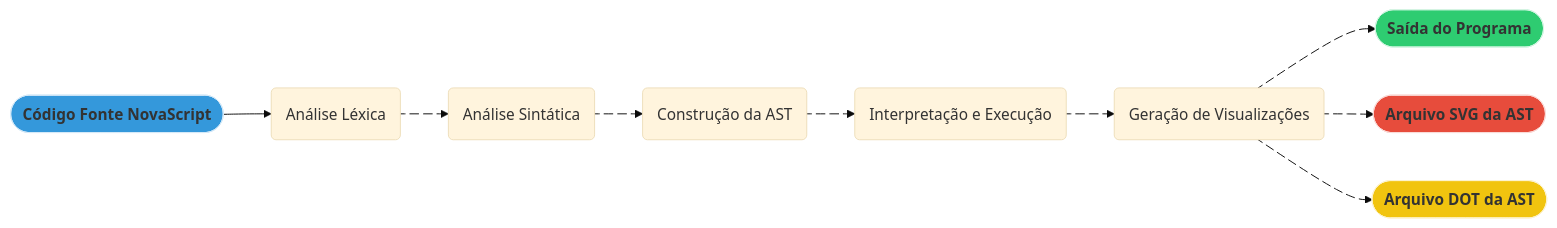
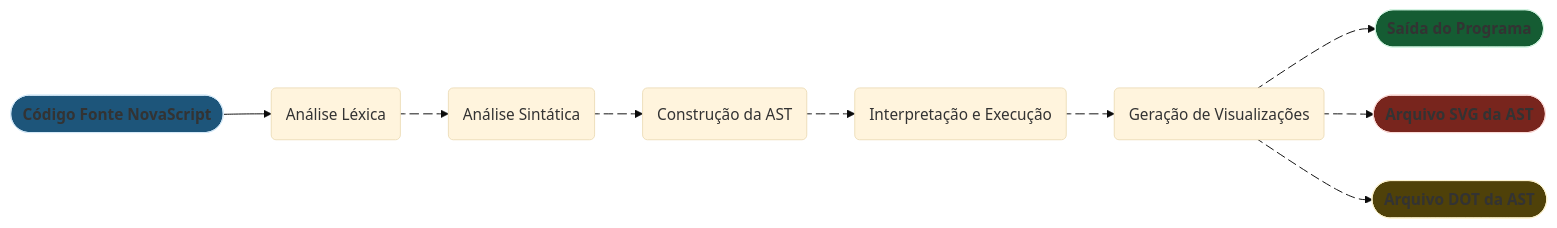
The diagram in README.md (lorena-strobel/NovaScript), drawn with Mermaid (base theme) before and after one commit.

Commit message:
docs(README): Change color styles in README.md
Updated color styles for elements A, G, H, and I.

````diff
--- a/README.md
+++ b/README.md
@@ -71,24 +71,24 @@
 ```mermaid
 graph LR
     A([<B>Código Fonte NovaScript</B>]) --> B(Análise Léxica);
     B e1@--> C(Análise Sintática);
     C e2@--> D(Construção da AST);
     D e3@--> E(Interpretação e Execução);
     E e4@--> F(Geração de Visualizações);
     F e5@--> G([<B>Saída do Programa</B>]);
     F e6@--> H([<B>Arquivo SVG da AST</B>]);
     F e7@--> I([<B>Arquivo DOT da AST</B>]);
 
     e1@{ animate: true }
     e2@{ animate: true }
     e3@{ animate: true }
     e4@{ animate: true }
     e5@{ animate: true }
     e6@{ animate: true }
     e7@{ animate: true }
     
-    style A fill:#3498DB,stroke:#D6EAF8
-    style G fill:#2ECC71,stroke:#D5F5E3
-    style H fill:#E74C3C,stroke:#FADBD8
-    style I fill:#F1C40F,stroke:#FCF3CF
+    style A fill:#1d557a,stroke:#D6EAF8
+    style G fill:#155c33,stroke:#D5F5E3
+    style H fill:#78251d,stroke:#FADBD8
+    style I fill:#4f4109,stroke:#FCF3CF
 ```
````
